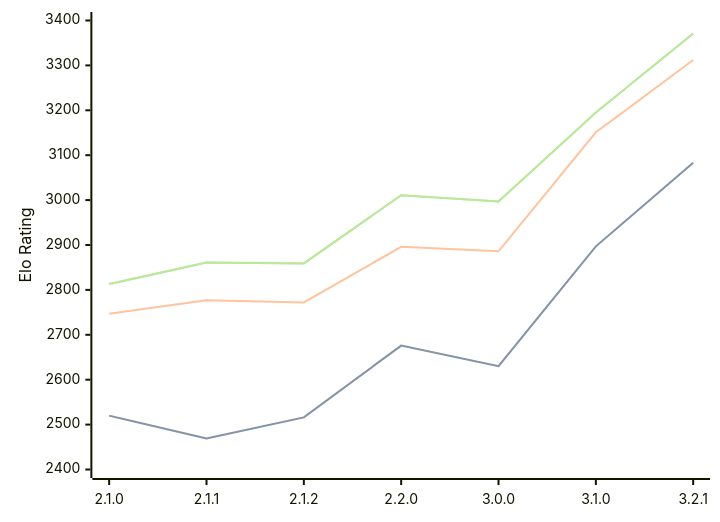
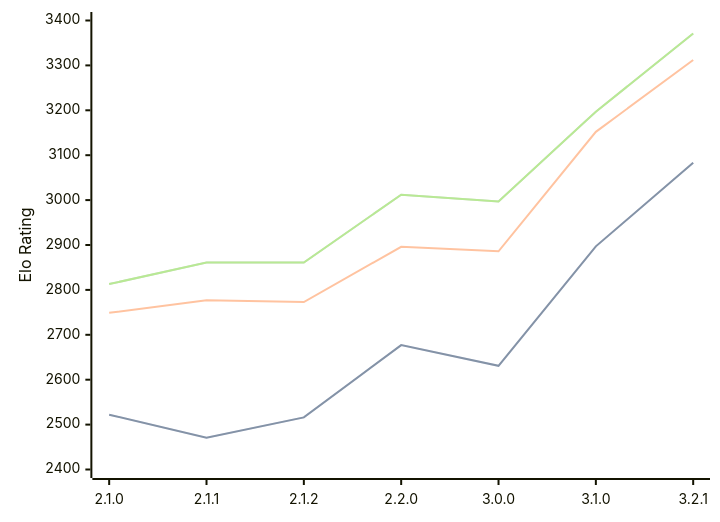
Before and after one commit to computer-chess-index/cci: the third of 3 diagrams in engines/Prune.md, drawn with Mermaid. The commit also changed other lines of this file, not shown here.

Commit message:
Update CCI Ratings (ELO VLTC) - 2026-07-08

````diff
--- a/engines/Prune.md
+++ b/engines/Prune.md
@@ -76,11 +77,11 @@
 ```mermaid
 %%{init: {"theme":"base","themeVariables":{"seriesColors:['#a3a3a3','#222221','#faa371']}}}%%
 xychart-beta
   x-axis ["2.1.0", "2.1.1", "2.1.2", "2.2.0", "3.0.0", "3.1.0", "3.2.1"]
   y-axis "Elo Rating" 2400 --> 3400
-  line "STC (8.0+0.08s)" [2520, 2469, 2516, 2676, 2630, 2897, 3083]
-  line "STC (8.0+0.08s)" [2520, 2469, 2516, 2676, 2630, 2897, 3083]
-  line "LTC (60.0+0.60s)" [2747, 2777, 2772, 2896, 2886, 3151, 3312]
-  line "VLTC (2m24s+1.12s)" [2813, 2861, 2859, 3011, 2997, 3195, 3371]
-  line "VLTC (2m24s+1.12s)" [2813, 2861, 2859, 3011, 2997, 3195, 3371]
+  line "STC (8.0+0.08s)" [2522, 2471, 2516, 2677, 2631, 2897, 3083]
+  line "STC (8.0+0.08s)" [2522, 2471, 2516, 2677, 2631, 2897, 3083]
+  line "LTC (60.0+0.60s)" [2749, 2777, 2773, 2896, 2886, 3152, 3312]
+  line "VLTC (2m24s+1.12s)" [2813, 2861, 2861, 3012, 2997, 3197, 3371]
+  line "VLTC (2m24s+1.12s)" [2813, 2861, 2861, 3012, 2997, 3197, 3371]
 ```
````
